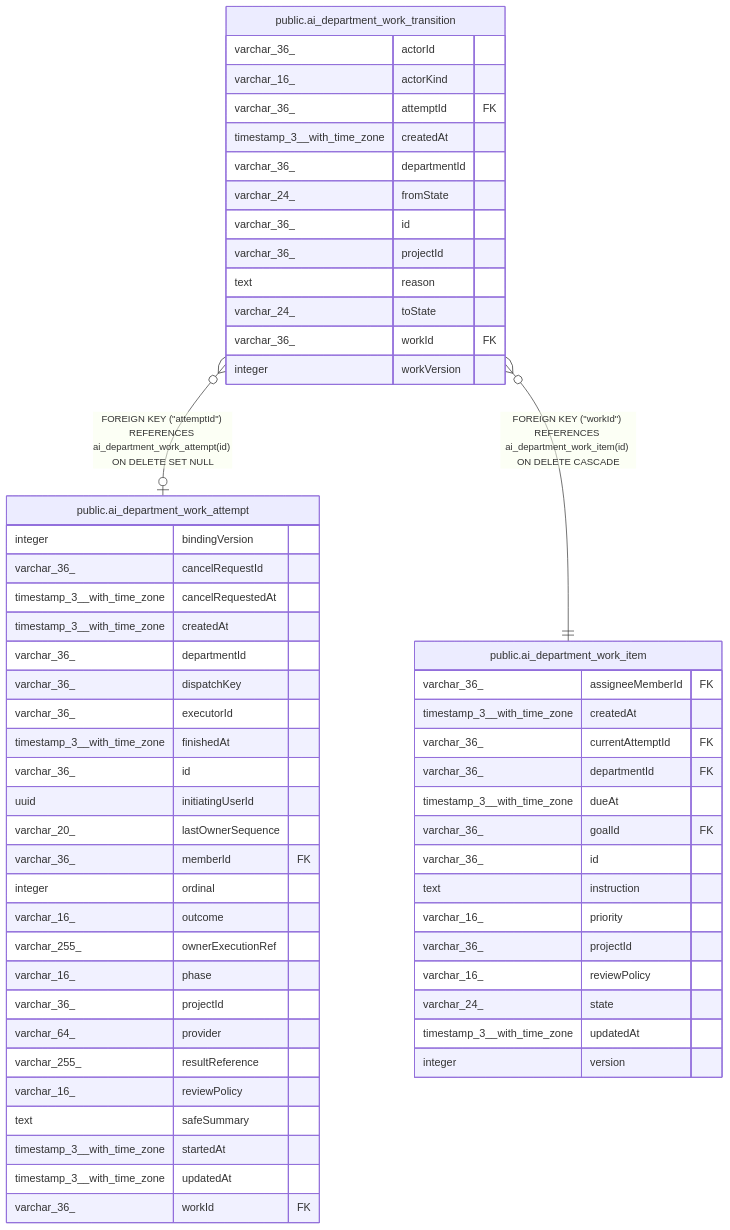
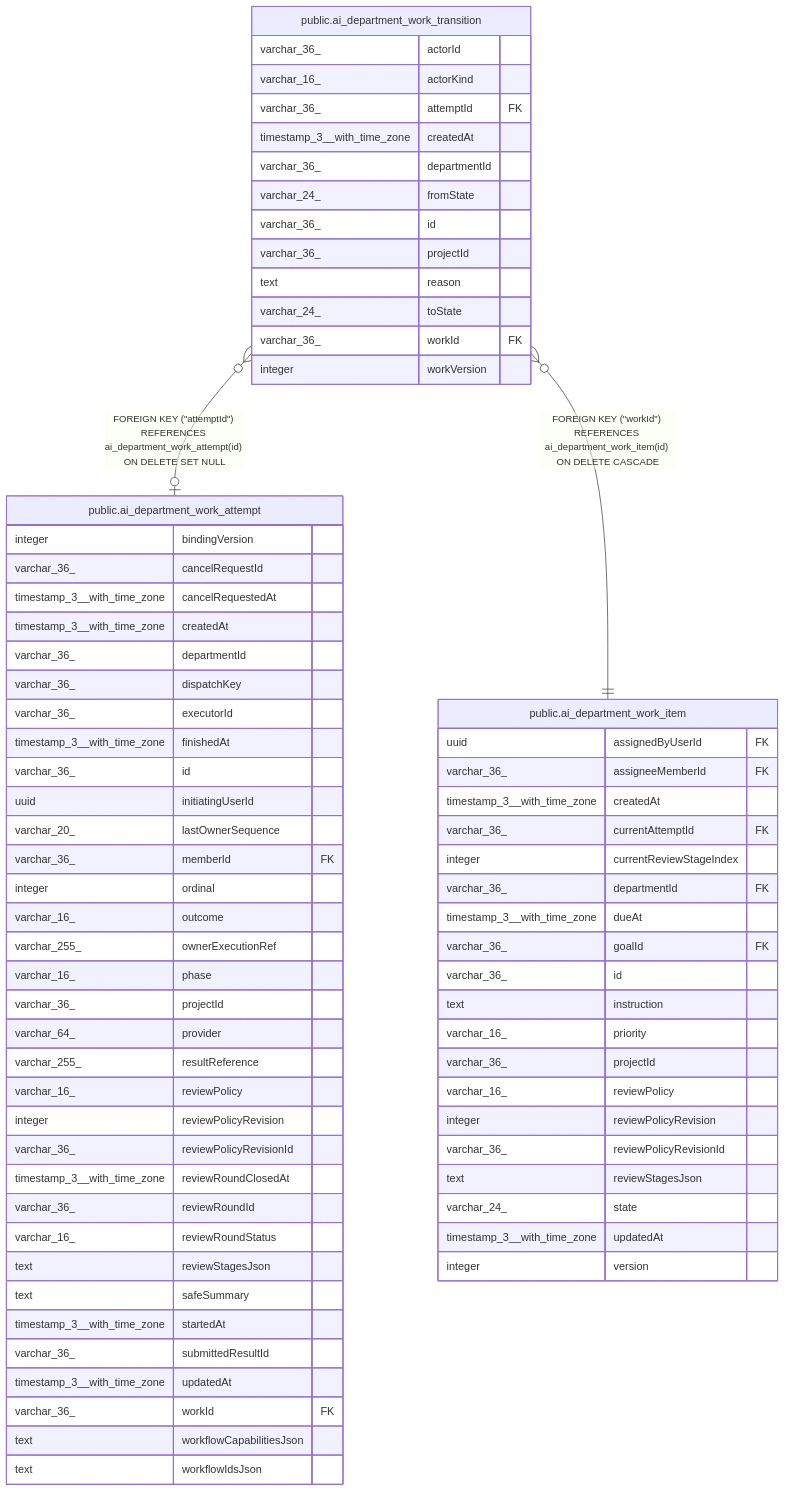
One commit to haison1234/Nexora changed the diagram in docs/generated/postgres-schema/public.ai_department_work_transition.md. Above: the diagram before and after it, drawn with Mermaid. The commit also changed 524 other files, not shown here.

````diff
--- a/docs/generated/postgres-schema/public.ai_department_work_transition.md
+++ b/docs/generated/postgres-schema/public.ai_department_work_transition.md
@@ -46,63 +46,77 @@
 ```mermaid
 erDiagram
 
 "public.ai_department_work_transition" }o--o| "public.ai_department_work_attempt" : "FOREIGN KEY (#quot;attemptId#quot;) REFERENCES ai_department_work_attempt(id) ON DELETE SET NULL"
 "public.ai_department_work_transition" }o--|| "public.ai_department_work_item" : "FOREIGN KEY (#quot;workId#quot;) REFERENCES ai_department_work_item(id) ON DELETE CASCADE"
 
 "public.ai_department_work_transition" {
   varchar_36_ actorId
   varchar_16_ actorKind
   varchar_36_ attemptId FK
   timestamp_3__with_time_zone createdAt
   varchar_36_ departmentId
   varchar_24_ fromState
   varchar_36_ id
   varchar_36_ projectId
   text reason
   varchar_24_ toState
   varchar_36_ workId FK
   integer workVersion
 }
 "public.ai_department_work_attempt" {
   integer bindingVersion
   varchar_36_ cancelRequestId
   timestamp_3__with_time_zone cancelRequestedAt
   timestamp_3__with_time_zone createdAt
   varchar_36_ departmentId
   varchar_36_ dispatchKey
   varchar_36_ executorId
   timestamp_3__with_time_zone finishedAt
   varchar_36_ id
   uuid initiatingUserId
   varchar_20_ lastOwnerSequence
   varchar_36_ memberId FK
   integer ordinal
   varchar_16_ outcome
   varchar_255_ ownerExecutionRef
   varchar_16_ phase
   varchar_36_ projectId
   varchar_64_ provider
   varchar_255_ resultReference
   varchar_16_ reviewPolicy
+  integer reviewPolicyRevision
+  varchar_36_ reviewPolicyRevisionId
+  timestamp_3__with_time_zone reviewRoundClosedAt
+  varchar_36_ reviewRoundId
+  varchar_16_ reviewRoundStatus
+  text reviewStagesJson
   text safeSummary
   timestamp_3__with_time_zone startedAt
+  varchar_36_ submittedResultId
   timestamp_3__with_time_zone updatedAt
   varchar_36_ workId FK
+  text workflowCapabilitiesJson
+  text workflowIdsJson
 }
 "public.ai_department_work_item" {
+  uuid assignedByUserId FK
   varchar_36_ assigneeMemberId FK
   timestamp_3__with_time_zone createdAt
   varchar_36_ currentAttemptId FK
+  integer currentReviewStageIndex
   varchar_36_ departmentId FK
   timestamp_3__with_time_zone dueAt
   varchar_36_ goalId FK
   varchar_36_ id
   text instruction
   varchar_16_ priority
   varchar_36_ projectId
   varchar_16_ reviewPolicy
+  integer reviewPolicyRevision
+  varchar_36_ reviewPolicyRevisionId
+  text reviewStagesJson
   varchar_24_ state
   timestamp_3__with_time_zone updatedAt
   integer version
 }
 ```
````
